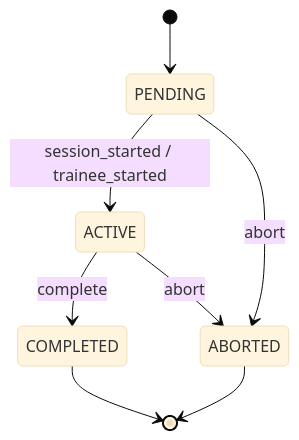
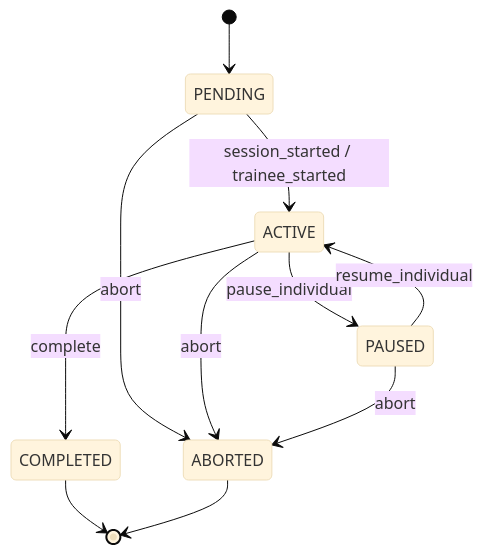
The second of 5 diagrams in docs/state-machines.md (alex-indi/training-simulator-112), drawn with Mermaid (base theme) before and after one commit. The commit also changed other lines of this file and 6 other files, not shown here.

````diff
--- a/docs/state-machines.md
+++ b/docs/state-machines.md
@@ -107,10 +121,13 @@
 ```mermaid
 stateDiagram-v2
     [*] --> PENDING
     PENDING --> ACTIVE: session_started / trainee_started
+    ACTIVE --> PAUSED: pause_individual
+    PAUSED --> ACTIVE: resume_individual
     ACTIVE --> COMPLETED: complete
     PENDING --> ABORTED: abort
     ACTIVE --> ABORTED: abort
+    PAUSED --> ABORTED: abort
     COMPLETED --> [*]
     ABORTED --> [*]
 ```
````
